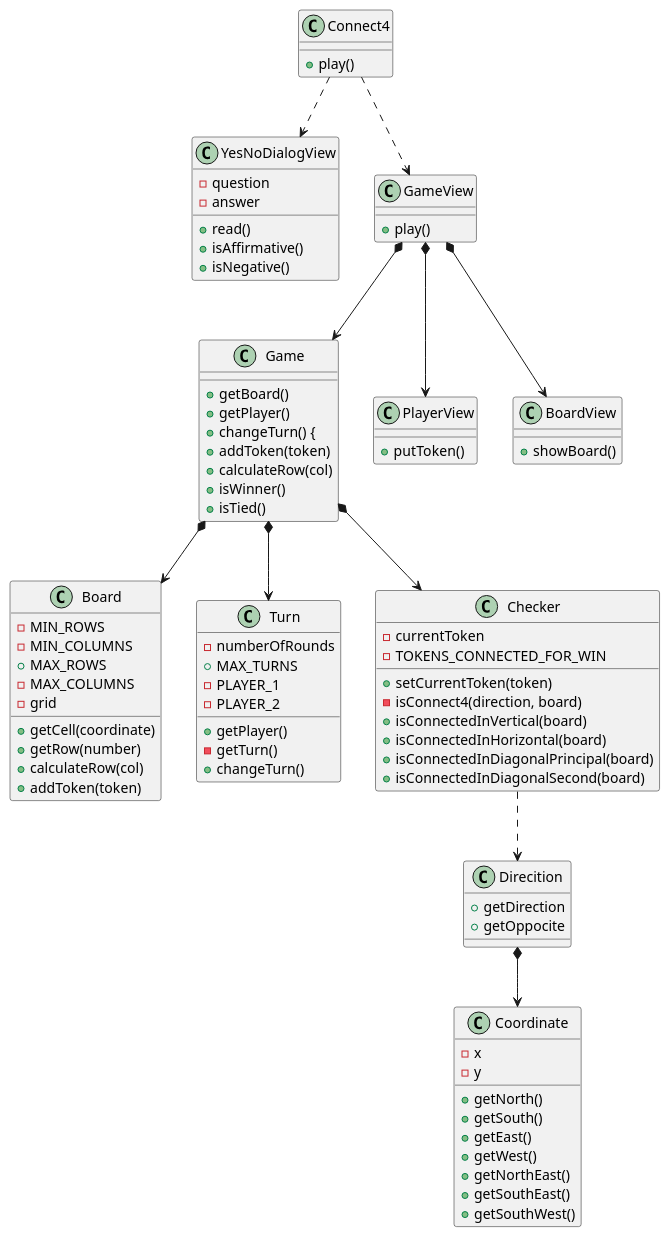
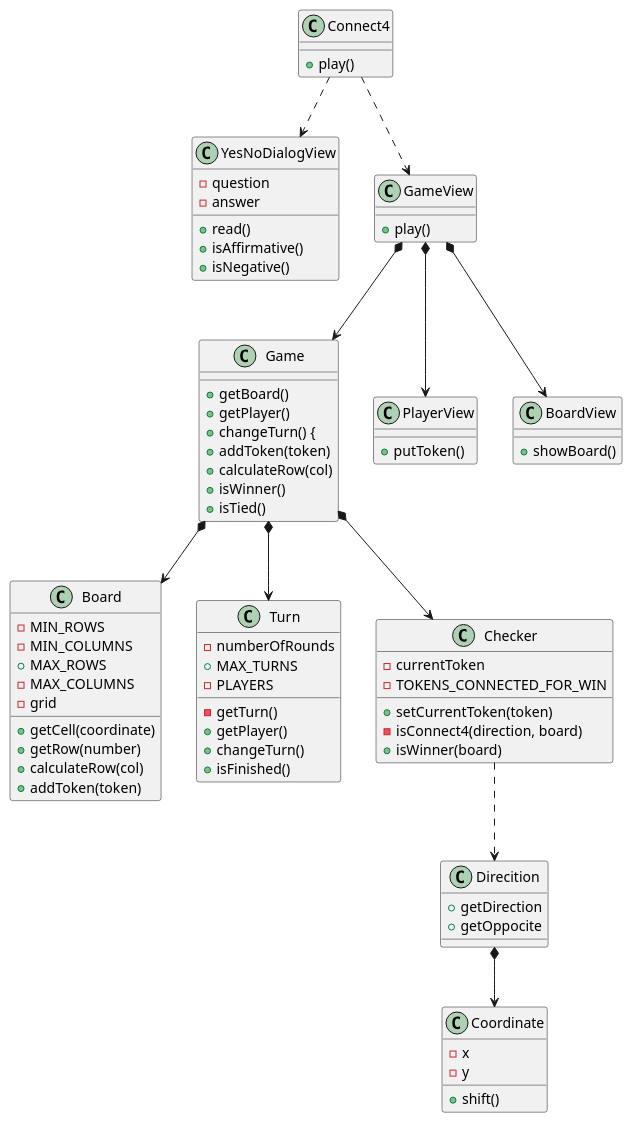
One commit to Edmundo-Ogaz/connect4 changed the diagram in con-vistas-separadas/v3/diagramClass.plantuml. Above: the diagram before and after it, drawn with PlantUML. The commit also changed 1 other file, not shown here.

```diff
--- a/con-vistas-separadas/v3/diagramClass.plantuml
+++ b/con-vistas-separadas/v3/diagramClass.plantuml
@@ -1,74 +1,65 @@
 @startuml
 Connect4 ..> YesNoDialogView
 Connect4 ..> GameView
 Connect4 : + play()
 
 YesNoDialogView : - question
 YesNoDialogView : - answer
 YesNoDialogView : + read()
 YesNoDialogView : + isAffirmative()
 YesNoDialogView : + isNegative()
 
 GameView : + play()
 GameView *--> Game
 GameView *--> PlayerView
 GameView *--> BoardView
 
 PlayerView : + putToken()
 
 BoardView : + showBoard()
 
 Game *--> Board
 Game *--> Turn
 Game *--> Checker
 Game : + getBoard()
 Game : + getPlayer()
 Game : + changeTurn() {
 Game : + addToken(token)
 Game : + calculateRow(col)
 Game : + isWinner()
 Game : + isTied()
 
 Board : - MIN_ROWS
 Board : - MIN_COLUMNS
 Board : + MAX_ROWS
 Board : - MAX_COLUMNS
 Board : - grid    
 Board : + getCell(coordinate)
 Board : + getRow(number)
 Board : + calculateRow(col)
 Board : + addToken(token)
 
 Turn : - numberOfRounds
 Turn : + MAX_TURNS
-Turn : - PLAYER_1
-Turn : - PLAYER_2
+Turn : - PLAYERS
+Turn : - getTurn()
 Turn : + getPlayer()
-Turn : - getTurn()
 Turn : + changeTurn()
+Turn : + isFinished()
 
 Checker : - currentToken
 Checker : - TOKENS_CONNECTED_FOR_WIN
 Checker : + setCurrentToken(token)
 Checker : - isConnect4(direction, board)
-Checker : + isConnectedInVertical(board)
-Checker : + isConnectedInHorizontal(board)
-Checker : + isConnectedInDiagonalPrincipal(board)
-Checker : + isConnectedInDiagonalSecond(board)
+Checker : + isWinner(board)
 Checker ..> Direcition
 
 Direcition *--> Coordinate
 Direcition : + getDirection
 Direcition : + getOppocite
 
 Coordinate : - x
 Coordinate : - y
-Coordinate : + getNorth() 
-Coordinate : + getSouth() 
-Coordinate : + getEast() 
-Coordinate : + getWest() 
-Coordinate : + getNorthEast() 
-Coordinate : + getSouthEast() 
-Coordinate : + getSouthWest() 
+Coordinate : + shift()
 
 @enduml
```
